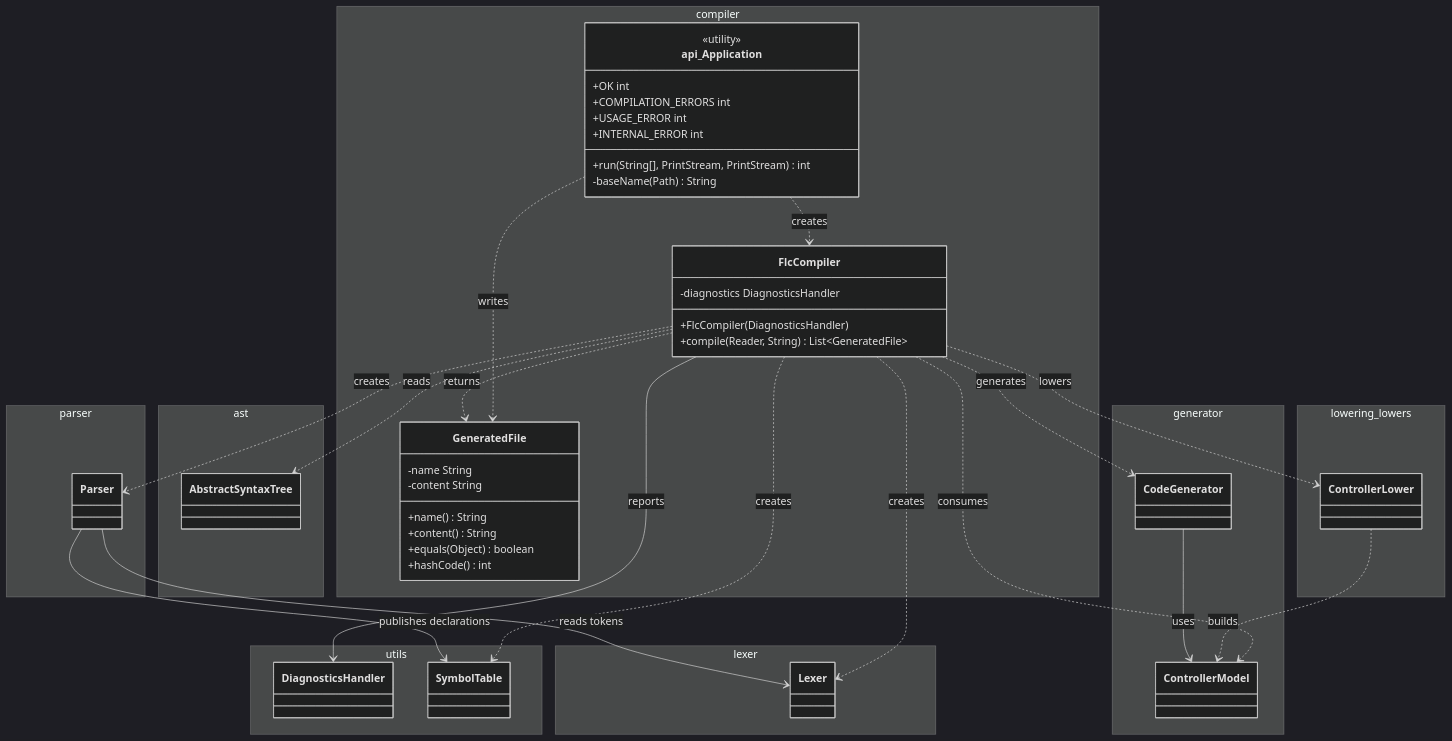
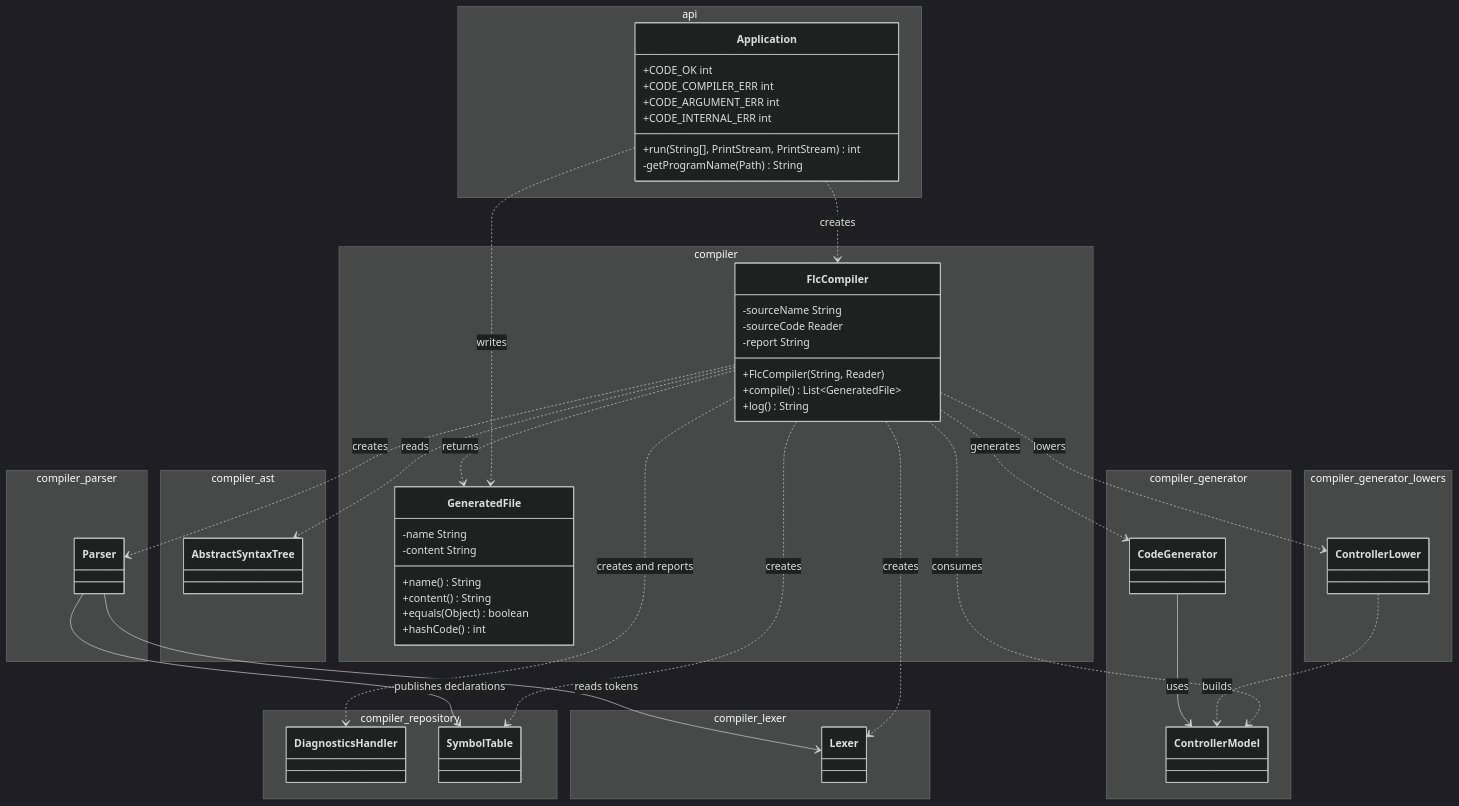
One commit to PascalUser/FLC-IEC61131-7 changed the diagram in doc/diagrams/compiler_class_diagram.mmd. Above: the diagram before and after it, drawn with Mermaid (dark theme). The commit also changed 4 other files, not shown here.

Commit message:
refactor(harness): alinear el diagrama de clases de Compiler con Java

```diff
--- a/doc/diagrams/compiler_class_diagram.mmd
+++ b/doc/diagrams/compiler_class_diagram.mmd
@@ -1,60 +1,64 @@
 classDiagram
+    namespace api {
+        class Application {
+            +CODE_OK int
+            +CODE_COMPILER_ERR int
+            +CODE_ARGUMENT_ERR int
+            +CODE_INTERNAL_ERR int
+            +run(String[], PrintStream, PrintStream) int
+            -getProgramName(Path) String
+        }
+    }
     namespace compiler {
-        class api_Application {
-            <<utility>>
-            +OK int
-            +COMPILATION_ERRORS int
-            +USAGE_ERROR int
-            +INTERNAL_ERROR int
-            +run(String[], PrintStream, PrintStream) int
-            -baseName(Path) String
-        }
         class FlcCompiler {
-            -diagnostics DiagnosticsHandler
-            +FlcCompiler(DiagnosticsHandler)
-            +compile(Reader, String) List~GeneratedFile~
+            -sourceName String
+            -sourceCode Reader
+            -report String
+            +FlcCompiler(String, Reader)
+            +compile() List~GeneratedFile~
+            +log() String
         }
         class GeneratedFile {
             -name String
             -content String
             +name() String
             +content() String
             +equals(Object) boolean
             +hashCode() int
         }
     }
-    namespace ast {
+    namespace compiler_ast {
         class AbstractSyntaxTree
     }
-    namespace generator {
+    namespace compiler_generator {
         class CodeGenerator
         class ControllerModel
     }
-    namespace lexer {
+    namespace compiler_lexer {
         class Lexer
     }
-    namespace lowering_lowers {
+    namespace compiler_generator_lowers {
         class ControllerLower
     }
-    namespace parser {
+    namespace compiler_parser {
         class Parser
     }
-    namespace utils {
+    namespace compiler_repository {
         class DiagnosticsHandler
         class SymbolTable
     }
-    api_Application ..> FlcCompiler : creates
-    api_Application ..> GeneratedFile : writes
-    FlcCompiler --> DiagnosticsHandler : reports
+    Application ..> FlcCompiler : creates
+    Application ..> GeneratedFile : writes
+    FlcCompiler ..> DiagnosticsHandler : creates and reports
     FlcCompiler ..> Lexer : creates
     FlcCompiler ..> Parser : creates
     FlcCompiler ..> SymbolTable : creates
     FlcCompiler ..> AbstractSyntaxTree : reads
     FlcCompiler ..> ControllerLower : lowers
     FlcCompiler ..> ControllerModel : consumes
     FlcCompiler ..> CodeGenerator : generates
     FlcCompiler ..> GeneratedFile : returns
     Parser --> Lexer : reads tokens
     Parser --> SymbolTable : publishes declarations
     ControllerLower ..> ControllerModel : builds
     CodeGenerator --> ControllerModel : uses
```
